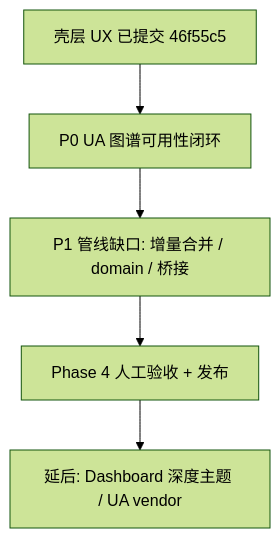
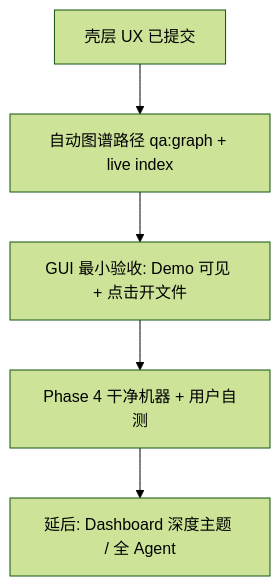
Before and after one commit to Tangyd893/Fieldguide: the diagram in docs/todos.md, drawn with Mermaid (forest theme). The commit also changed other lines of this file and 6 other files, not shown here.

First line of the commit message:
Add live indexProject tests and graph path smoke (qa:graph).

````diff
--- a/docs/todos.md
+++ b/docs/todos.md
@@ -51,10 +49,10 @@
 ```mermaid
 flowchart TD
-  shell[壳层 UX 已提交 46f55c5]
-  graphP0[P0 UA 图谱可用性闭环]
-  graphP1[P1 管线缺口: 增量合并 / domain / 桥接]
-  p4[Phase 4 人工验收 + 发布]
-  defer[延后: Dashboard 深度主题 / UA vendor]
-  shell --> graphP0 --> graphP1 --> p4
+  shell[壳层 UX 已提交]
+  auto[自动图谱路径 qa:graph + live index]
+  gui[GUI 最小验收: Demo 可见 + 点击开文件]
+  p4[Phase 4 干净机器 + 用户自测]
+  defer[延后: Dashboard 深度主题 / 全 Agent]
+  shell --> auto --> gui --> p4
   p4 --> defer
 ```
````
